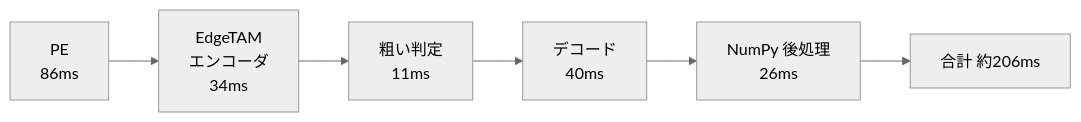
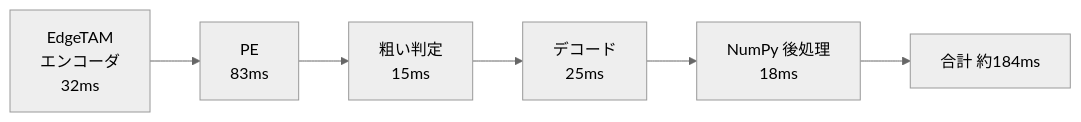
Before and after one commit to fklg-64/pe_anything_detect: the sixth of 6 diagrams in docs/overview.md, drawn with Mermaid (neutral theme). The commit also changed other lines of this file and 11 other files, not shown here.

````diff
--- a/docs/overview.md
+++ b/docs/overview.md
@@ -132,4 +135,4 @@
 ```mermaid
 flowchart LR
-    A["PE<br/>86ms"] --> B["EdgeTAM<br/>エンコーダ<br/>34ms"] --> C["粗い判定<br/>11ms"] --> D["デコード<br/>40ms"] --> E["NumPy 後処理<br/>26ms"] --> F["合計 約206ms"]
+    A["EdgeTAM<br/>エンコーダ<br/>32ms"] --> B["PE<br/>83ms"] --> C["粗い判定<br/>15ms"] --> D["デコード<br/>25ms"] --> E["NumPy 後処理<br/>18ms"] --> F["合計 約184ms"]
 ```
````
